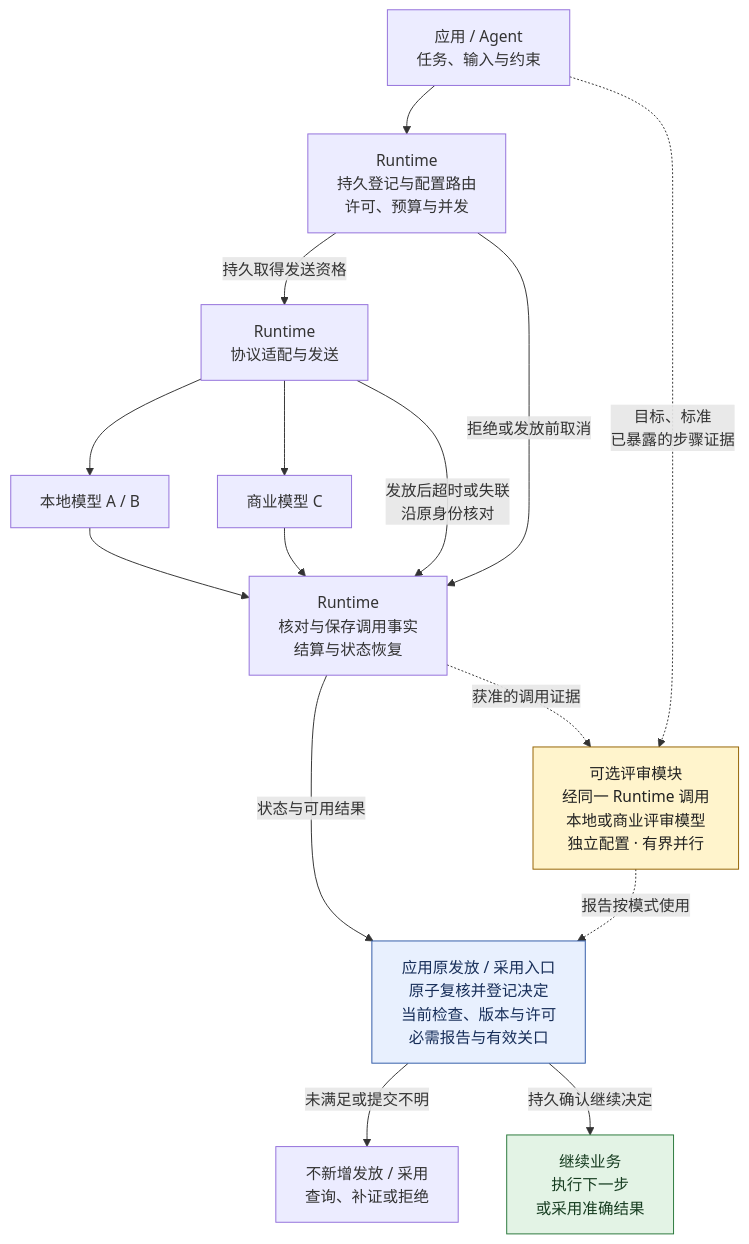
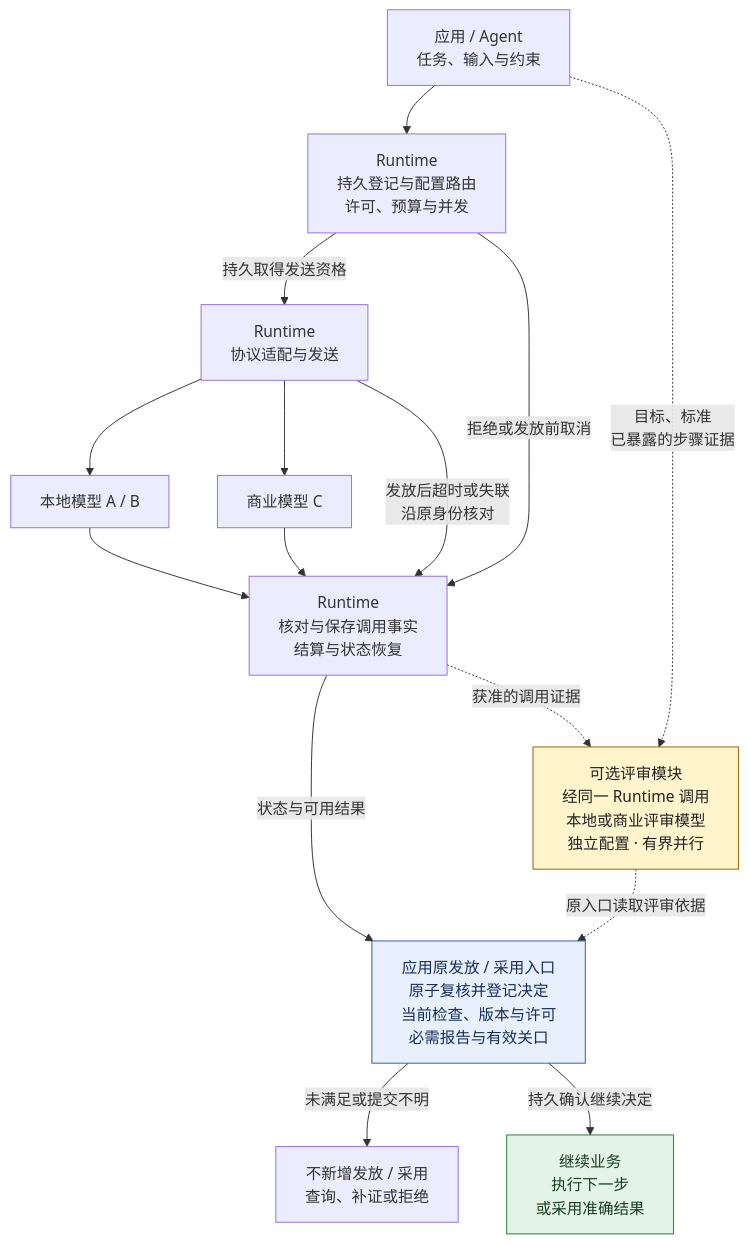
One commit to kongbu0621/infra-model-runtime changed the first of 2 diagrams in README.md. Above: the diagram before and after it, drawn with Mermaid. The commit also changed other lines of this file, not shown here.

````diff
--- a/README.md
+++ b/README.md
@@ -38,36 +38,36 @@
 ```mermaid
 %%{init: {"flowchart": {"wrappingWidth": 240}}}%%
 flowchart TB
     A["应用 / Agent<br/>任务、输入与约束"]
     B["Runtime<br/>持久登记与配置路由<br/>许可、预算与并发"]
     D["Runtime<br/>协议适配与发送"]
     L["本地模型 A / B"]
     C["商业模型 C"]
     R["Runtime<br/>核对与保存调用事实<br/>结算与状态恢复"]
     S["可选评审模块<br/>经同一 Runtime 调用<br/>本地或商业评审模型<br/>独立配置 · 有界并行"]
     U["应用原发放 / 采用入口<br/>原子复核并登记决定<br/>当前检查、版本与许可<br/>必需报告与有效关口"]
     W["不新增发放 / 采用<br/>查询、补证或拒绝"]
     Z["继续业务<br/>执行下一步<br/>或采用准确结果"]
 
     A --> B
     B -->|持久取得发送资格| D
     B -->|拒绝或发放前取消| R
     D --> L
     D --> C
     L --> R
     C --> R
     D -->|"发放后超时或失联<br/>沿原身份核对"| R
     R -->|状态与可用结果| U
     A -.->|"目标、标准<br/>已暴露的步骤证据"| S
     R -.->|获准的调用证据| S
-    S -.->|报告按模式使用| U
+    S -.->|原入口读取评审依据| U
     U -->|未满足或提交不明| W
     U -->|持久确认继续决定| Z
 
     classDef optional fill:#fff4cc,stroke:#946200,color:#222;
     classDef decision fill:#e8f0fe,stroke:#315ba8,color:#172e59;
     classDef outcome fill:#e3f3e5,stroke:#29783b,color:#173d21;
     class S optional;
     class U decision;
     class Z outcome;
 ```
````
